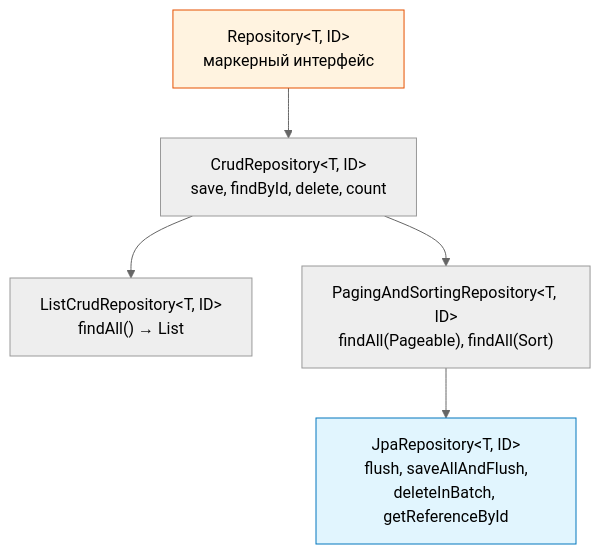
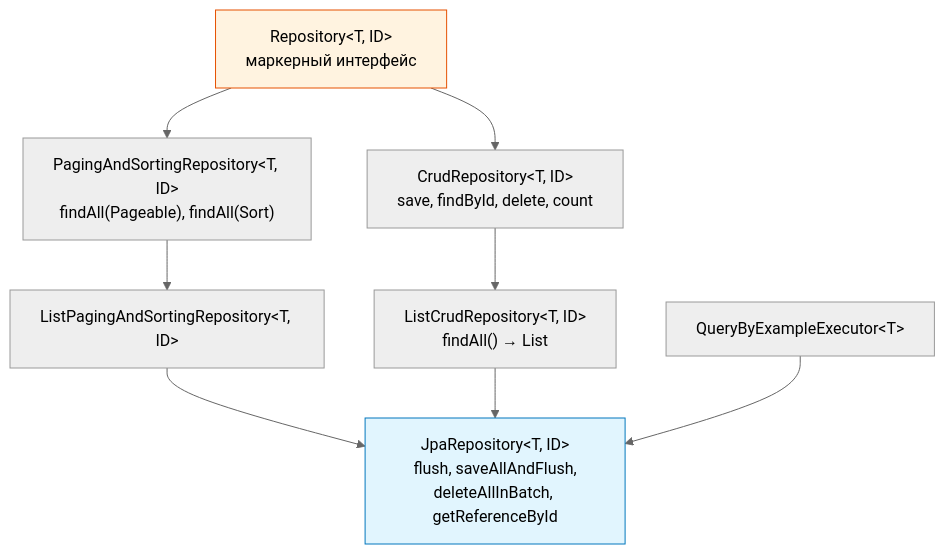
The first of 8 diagrams in cheatsheets/interview/frameworks/spring/spring-data-jpa-interview.md (akeverus/cheat-sheet), drawn with Mermaid (neutral theme) before and after one commit. The commit also changed other lines of this file and 154 other files, not shown here.

````diff
--- a/cheatsheets/interview/frameworks/spring/spring-data-jpa-interview.md
+++ b/cheatsheets/interview/frameworks/spring/spring-data-jpa-interview.md
@@ -202,10 +203,14 @@
 ```mermaid
 graph TD
     R["Repository&lt;T, ID&gt;<br/>маркерный интерфейс"] --> CR["CrudRepository&lt;T, ID&gt;<br/>save, findById, delete, count"]
     CR --> LCR["ListCrudRepository&lt;T, ID&gt;<br/>findAll() → List"]
-    CR --> PSR["PagingAndSortingRepository&lt;T, ID&gt;<br/>findAll(Pageable), findAll(Sort)"]
-    PSR --> JPR["JpaRepository&lt;T, ID&gt;<br/>flush, saveAllAndFlush,<br/>deleteInBatch, getReferenceById"]
+    R --> PSR["PagingAndSortingRepository&lt;T, ID&gt;<br/>findAll(Pageable), findAll(Sort)"]
+    PSR --> LPSR["ListPagingAndSortingRepository&lt;T, ID&gt;"]
+    LPSR --> JPR["JpaRepository&lt;T, ID&gt;<br/>flush, saveAllAndFlush,<br/>deleteAllInBatch, getReferenceById"]
+
+    LCR --> JPR
+    QBE["QueryByExampleExecutor&lt;T&gt;"] --> JPR
 
     style JPR fill:#e1f5fe,stroke:#0277bd
     style R fill:#fff3e0,stroke:#e65100
 ```
````
